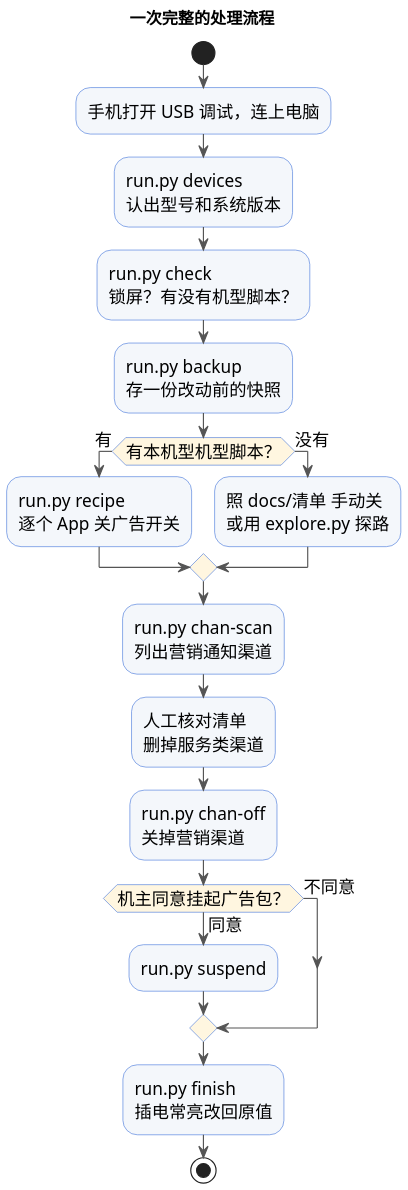
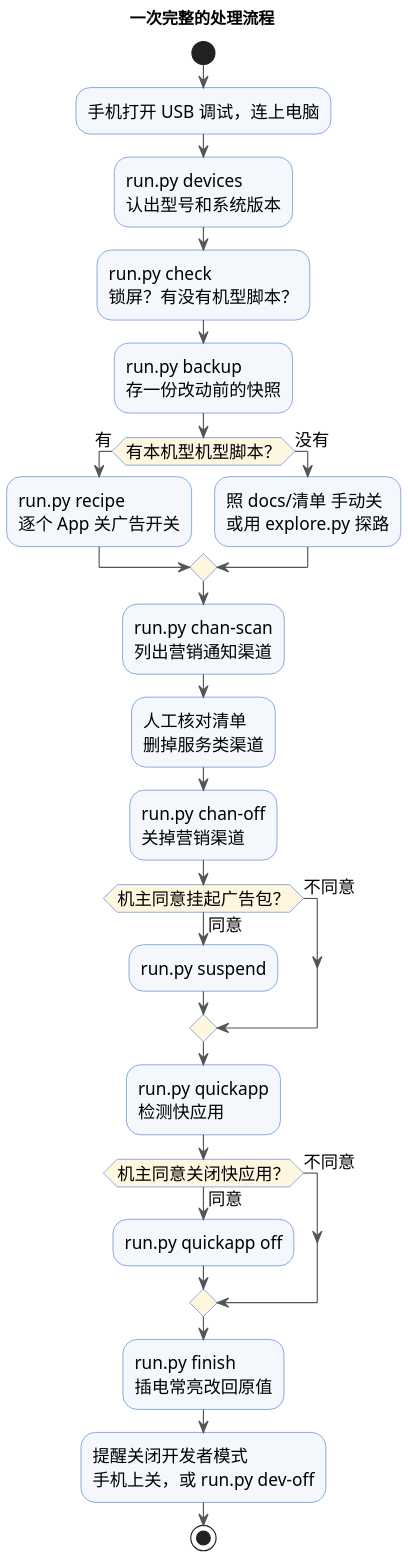
The diagram in images/src/flow.puml (15277126915/android-ad-cleaner), drawn with PlantUML before and after one commit. The commit also changed 10 other files, not shown here.

Commit message:
新增快应用检测与关闭（quickapp）；收尾提醒关闭开发者模式，新增 dev-off

```diff
--- a/images/src/flow.puml
+++ b/images/src/flow.puml
@@ -1,30 +1,36 @@
 @startuml
 skinparam defaultFontName "PingFang SC"
 skinparam defaultFontSize 15
 skinparam backgroundColor #FFFFFF
 skinparam dpi 160
 skinparam ActivityBackgroundColor #F4F7FB
 skinparam ActivityBorderColor #3B6FD8
 skinparam ActivityDiamondBackgroundColor #FFF6E0
 skinparam ArrowColor #555555
 title 一次完整的处理流程
 start
 :手机打开 USB 调试，连上电脑;
 :run.py devices\n认出型号和系统版本;
 :run.py check\n锁屏？有没有机型脚本？;
 :run.py backup\n存一份改动前的快照;
 if (有本机型机型脚本？) then (有)
   :run.py recipe\n逐个 App 关广告开关;
 else (没有)
   :照 docs/清单 手动关\n或用 explore.py 探路;
 endif
 :run.py chan-scan\n列出营销通知渠道;
 :人工核对清单\n删掉服务类渠道;
 :run.py chan-off\n关掉营销渠道;
 if (机主同意挂起广告包？) then (同意)
   :run.py suspend;
 else (不同意)
 endif
+:run.py quickapp\n检测快应用;
+if (机主同意关闭快应用？) then (同意)
+  :run.py quickapp off;
+else (不同意)
+endif
 :run.py finish\n插电常亮改回原值;
+:提醒关闭开发者模式\n手机上关，或 run.py dev-off;
 stop
 @enduml
```
